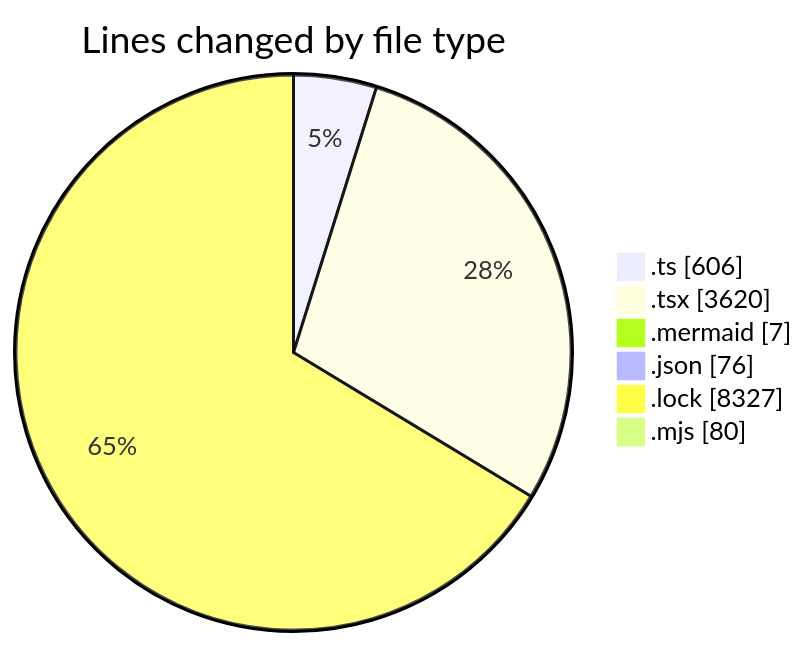
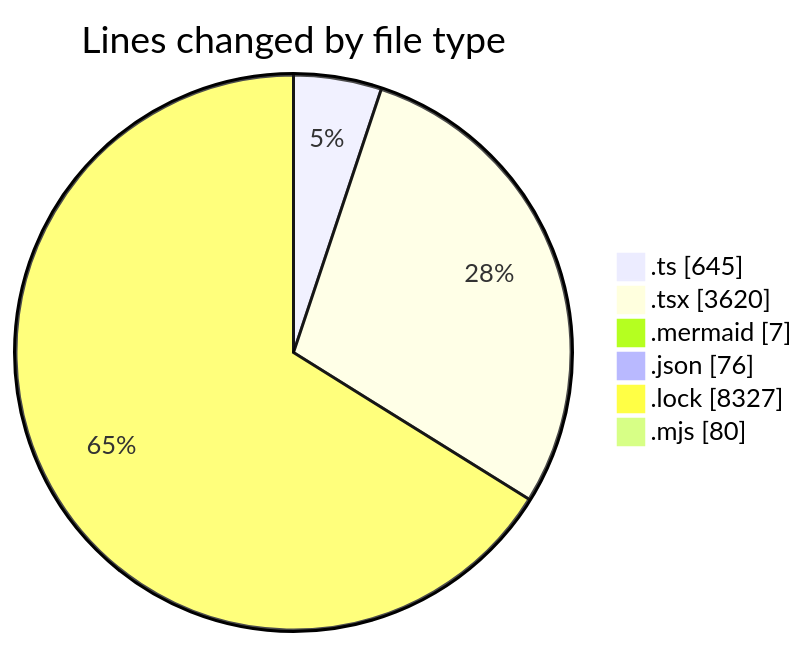
The first of 2 diagrams in 2026-09-08/cda/README.md (momahboobian/code-tracking), drawn with Mermaid before and after one commit. The commit also changed other lines of this file and 1 other file, not shown here.

````diff
--- a/2026-09-08/cda/README.md
+++ b/2026-09-08/cda/README.md
@@ -48,10 +48,10 @@
 ```mermaid
 pie showData
 title Lines changed by file type
-".ts" : 606
+".ts" : 645
 ".tsx" : 3620
 ".mermaid" : 7
 ".json" : 76
 ".lock" : 8327
 ".mjs" : 80
 ```
````
